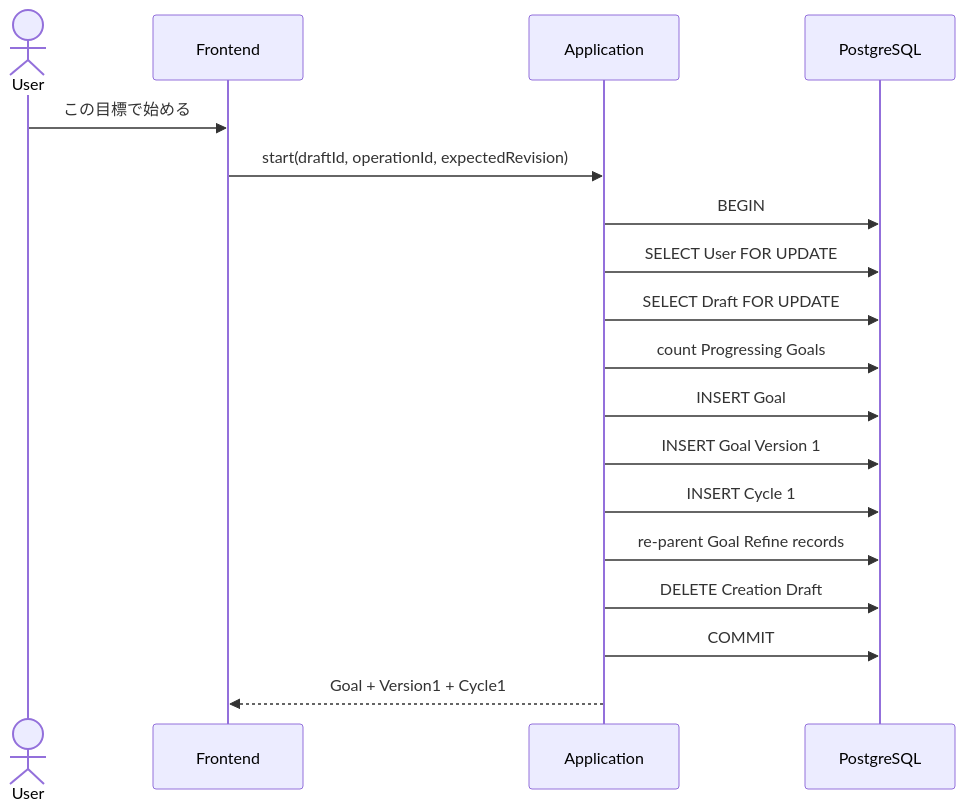
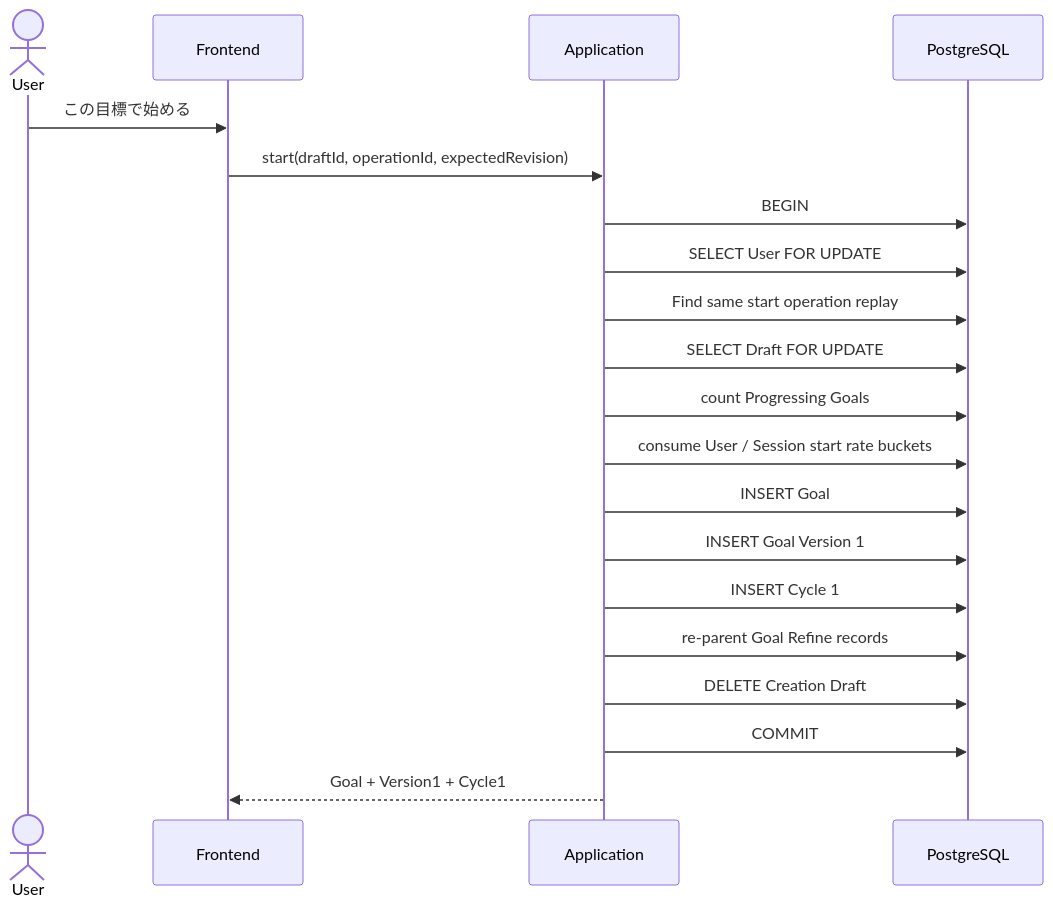
The seventh of 12 diagrams in docs/design.md (fukamu/cycle), drawn with Mermaid before and after one commit. The commit also changed other lines of this file and 67 other files, not shown here.

````diff
--- a/docs/design.md
+++ b/docs/design.md
@@ -1908,21 +1908,23 @@
 ```mermaid
 sequenceDiagram
     actor U as User
     participant F as Frontend
     participant B as Application
     participant DB as PostgreSQL
 
     U->>F: この目標で始める
     F->>B: start(draftId, operationId, expectedRevision)
     B->>DB: BEGIN
     B->>DB: SELECT User FOR UPDATE
+    B->>DB: Find same start operation replay
     B->>DB: SELECT Draft FOR UPDATE
     B->>DB: count Progressing Goals
+    B->>DB: consume User / Session start rate buckets
     B->>DB: INSERT Goal
     B->>DB: INSERT Goal Version 1
     B->>DB: INSERT Cycle 1
     B->>DB: re-parent Goal Refine records
     B->>DB: DELETE Creation Draft
     B->>DB: COMMIT
     B-->>F: Goal + Version1 + Cycle1
 ```
````
